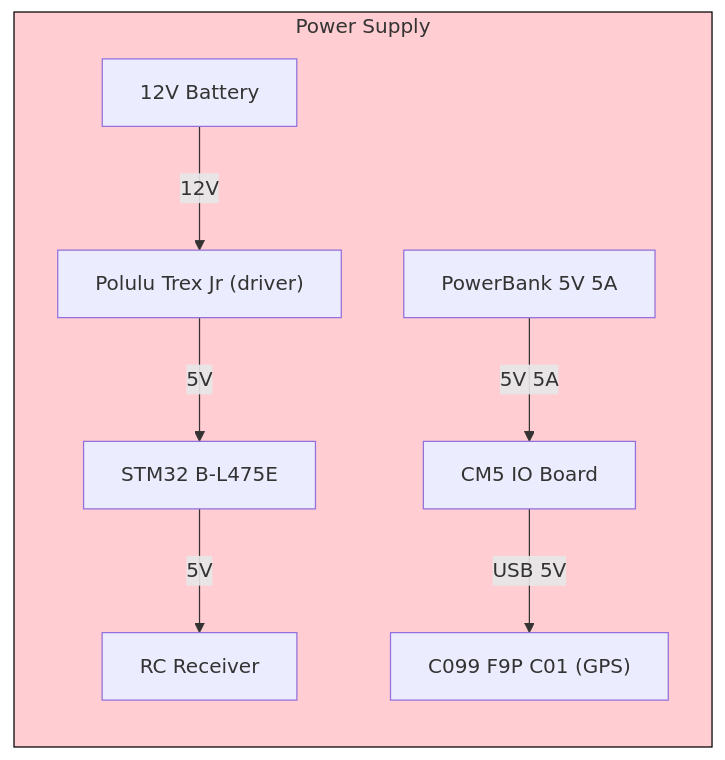
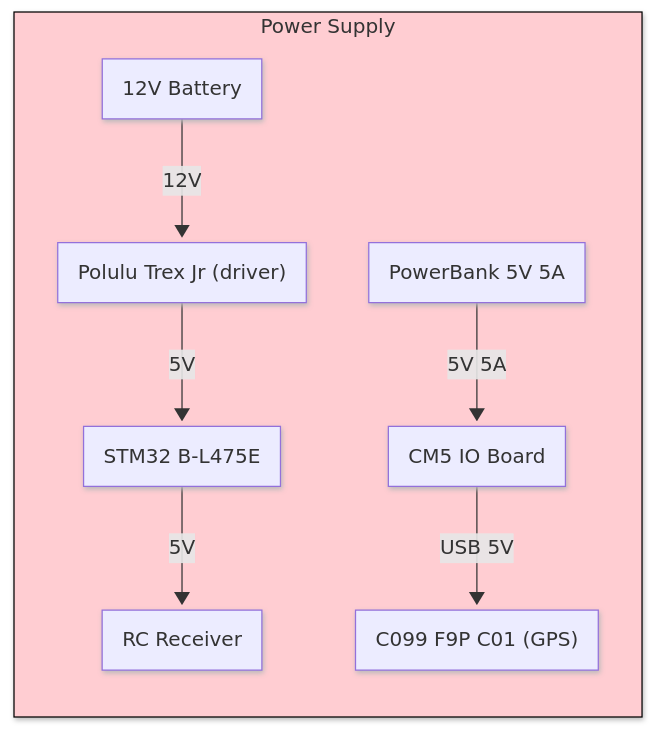
Before and after one commit to HDieTox/Ros2_Rover: the first of 3 diagrams in readme.md, drawn with Mermaid. The commit also changed other lines of this file, not shown here.

Commit message:
readme V1

````diff
--- a/readme.md
+++ b/readme.md
@@ -23,29 +83,26 @@
 ```mermaid
 ---
 config:
   theme: default
-  themeVariables:
-    background: '#F6F8FA'  # Gris très clair, proche du fond GitHub clair
-    primaryColor: '#000000' # Ajuster les couleurs des éléments si besoin
-    secondaryColor: '#555555'
-    tertiaryColor: '#777777'
+  layout: dagre
+  look: neo
 ---
 flowchart BT
   subgraph subGraph0["Power Supply"]
     Battery12V["12V Battery"]
     TrexJr["Polulu Trex Jr (driver)"]
     STM32Power["STM32 B-L475E"]
     ReceiverRC["RC Receiver"]
     PowerBank5V["PowerBank 5V 5A"]
     CM5_IOBoard["CM5 IO Board"]
     C099F9PPower["C099 F9P C01 (GPS)"]
   end
 
   Battery12V -- 12V --> TrexJr
   TrexJr -- 5V --> STM32Power
   STM32Power -- 5V --> ReceiverRC
   PowerBank5V -- 5V 5A --> CM5_IOBoard
   CM5_IOBoard -- USB 5V --> C099F9PPower
 
   style subGraph0 fill:#FFCDD2,stroke:#000000
 ```
````
